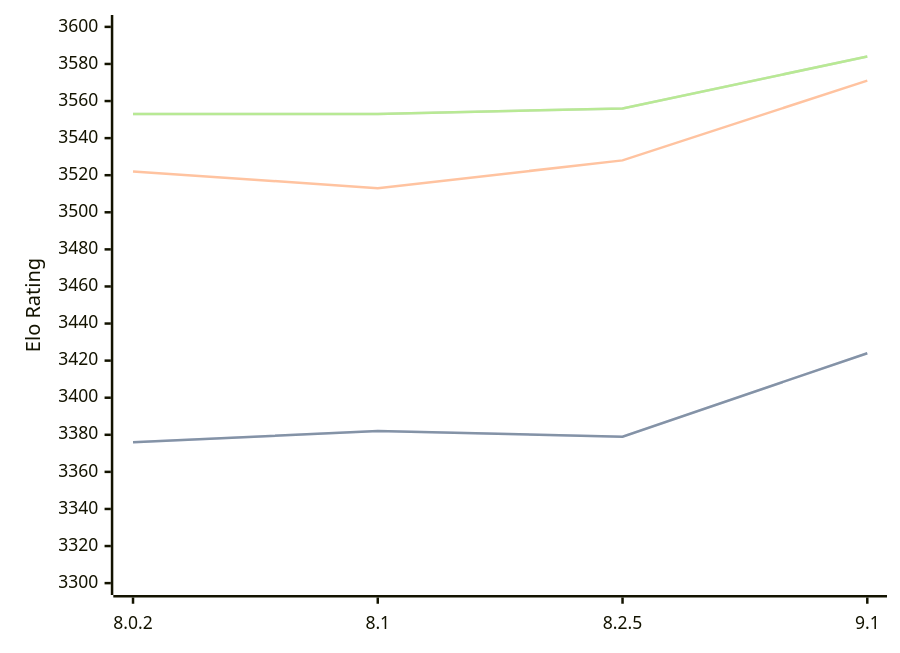
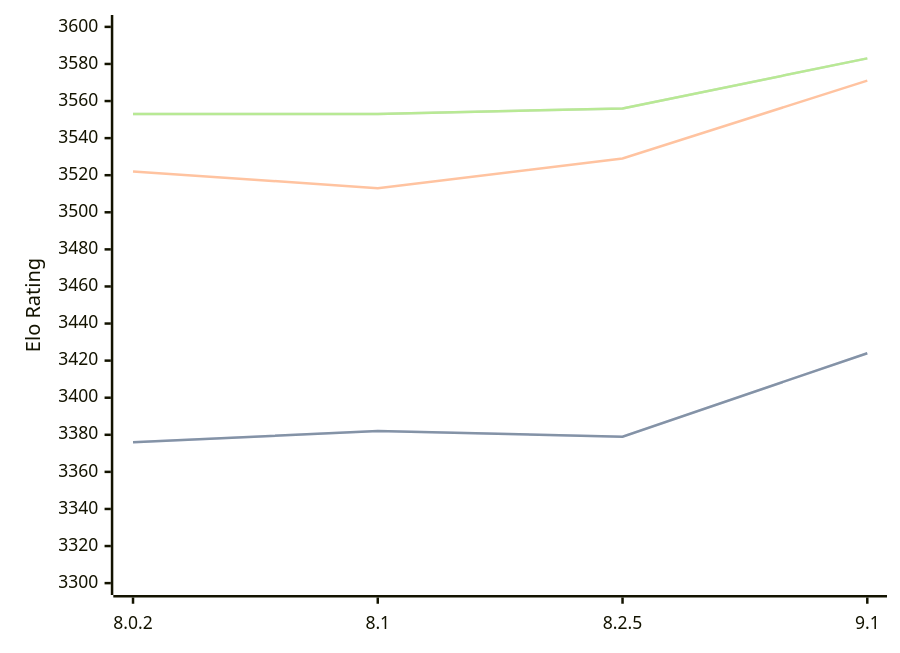
One commit to computer-chess-index/cci changed the diagram in engines/Clover.md. Above: the diagram before and after it, drawn with Mermaid. The commit also changed other lines of this file, not shown here.

Commit message:
Update CCI Ratings (ELO VLTC) - 2026-02-22

````diff
--- a/engines/Clover.md
+++ b/engines/Clover.md
@@ -61,11 +61,11 @@
 ```mermaid
 %%{init: {"theme":"base","themeVariables":{"seriesColors:['#a3a3a3','#222221','#faa371']}}}%%
 xychart-beta
   x-axis ["8.0.2", "8.1", "8.2.5", "9.1"]
   y-axis "Elo Rating" 3300 --> 3600
   line "STC (8.0+0.08s)" [3376, 3382, 3379, 3424]
   line "STC (8.0+0.08s)" [3376, 3382, 3379, 3424]
-  line "LTC (60.0+0.60s)" [3522, 3513, 3528, 3571]
-  line "VLTC (2m24s+1.12s)" [3553, 3553, 3556, 3584]
-  line "VLTC (2m24s+1.12s)" [3553, 3553, 3556, 3584]
+  line "LTC (60.0+0.60s)" [3522, 3513, 3529, 3571]
+  line "VLTC (2m24s+1.12s)" [3553, 3553, 3556, 3583]
+  line "VLTC (2m24s+1.12s)" [3553, 3553, 3556, 3583]
 ```
````
